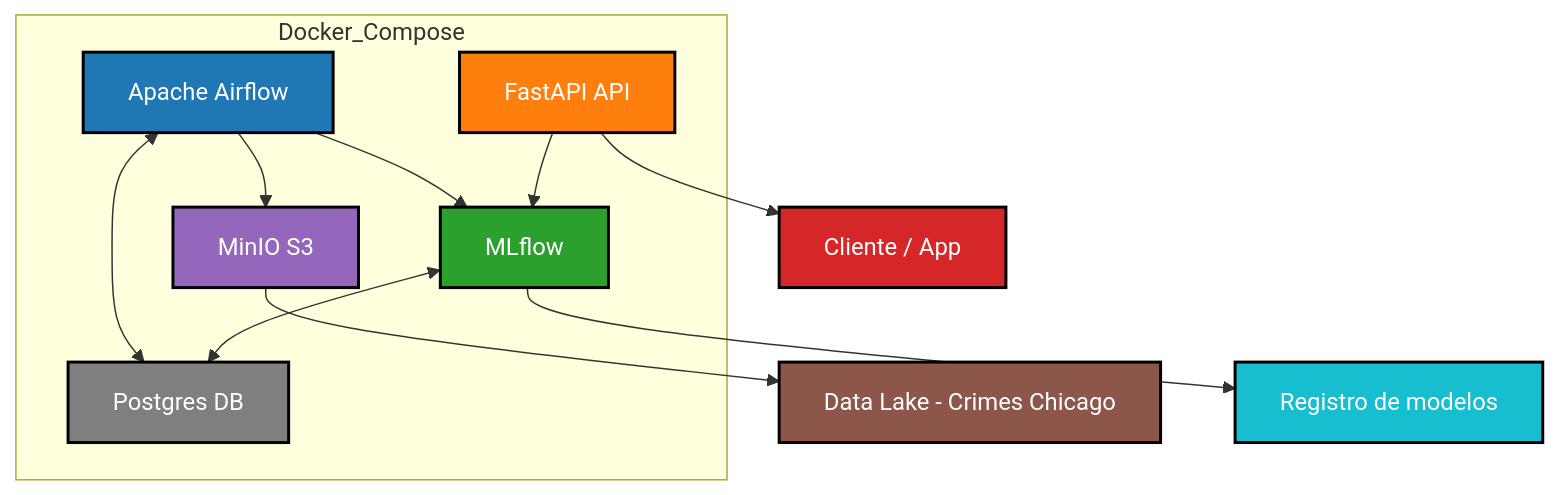
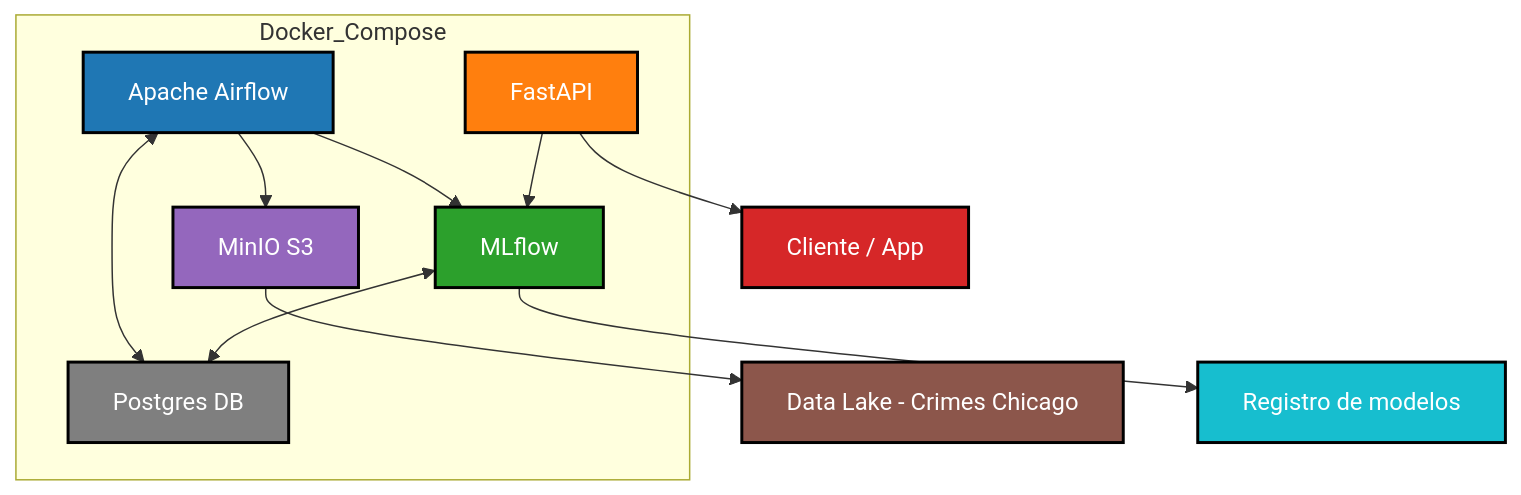
The first of 4 diagrams in README.md (DanteMendoza/AP_2025_B3_TP2_Mendoza_Dante), drawn with Mermaid before and after one commit. The commit also changed other lines of this file, not shown here.

````diff
--- a/README.md
+++ b/README.md
@@ -3,29 +4,29 @@
 ```mermaid
 flowchart TB
     subgraph Docker_Compose
         A[Apache Airflow]
         B["MinIO S3"]
         C[MLflow]
-        D[FastAPI API]
+        D[FastAPI]
         H[Postgres DB]
     end
 
     A --> B
     A --> C
     A <--> H
     C <--> H
     D --> C
     B --> E["Data Lake - Crimes Chicago"]
     C --> F["Registro de modelos"]
     D --> G["Cliente / App"]
 
     %% Estilos
     style A fill:#1f77b4,stroke:#000,stroke-width:2px,color:#fff
     style B fill:#9467bd,stroke:#000,stroke-width:2px,color:#fff
     style C fill:#2ca02c,stroke:#000,stroke-width:2px,color:#fff
     style D fill:#ff7f0e,stroke:#000,stroke-width:2px,color:#fff
     style E fill:#8c564b,stroke:#000,stroke-width:2px,color:#fff
     style F fill:#17becf,stroke:#000,stroke-width:2px,color:#fff
     style G fill:#d62728,stroke:#000,stroke-width:2px,color:#fff
     style H fill:#7f7f7f,stroke:#000,stroke-width:2px,color:#fff
 ```
````
